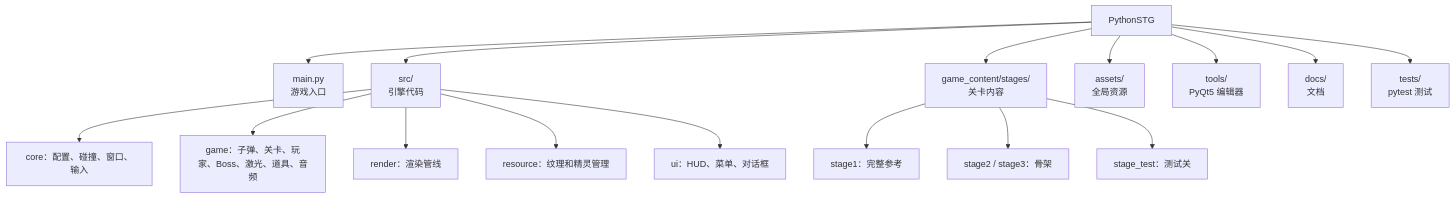
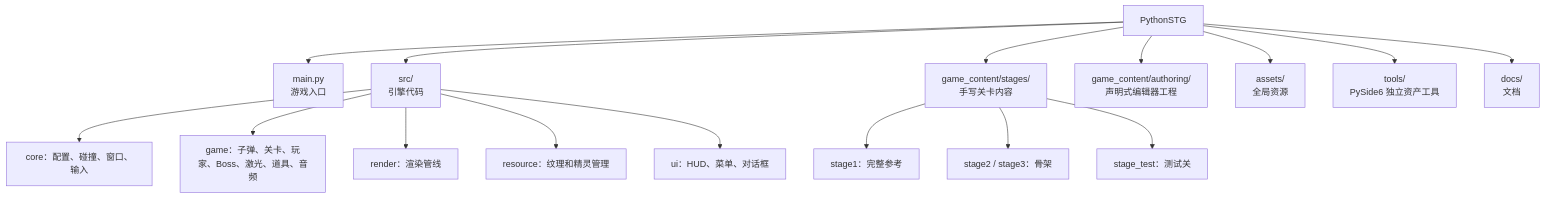
One commit to qwqpap/PythonSTG changed the diagram in docs/getting-started.md. Above: the diagram before and after it, drawn with Mermaid. The commit also changed other lines of this file and 108 other files, not shown here.

````diff
--- a/docs/getting-started.md
+++ b/docs/getting-started.md
@@ -50,29 +67,29 @@
 ```mermaid
 flowchart TB
     root["PythonSTG"]
     main["main.py<br/>游戏入口"]
     src["src/<br/>引擎代码"]
-    gameContent["game_content/stages/<br/>关卡内容"]
+    gameContent["game_content/stages/<br/>手写关卡内容"]
+    authoring["game_content/authoring/<br/>声明式编辑器工程"]
     assets["assets/<br/>全局资源"]
-    tools["tools/<br/>PyQt5 编辑器"]
+    tools["tools/<br/>PySide6 独立资产工具"]
     docs["docs/<br/>文档"]
-    tests["tests/<br/>pytest 测试"]
 
     root --> main
     root --> src
     root --> gameContent
+    root --> authoring
     root --> assets
     root --> tools
     root --> docs
-    root --> tests
 
     src --> core["core：配置、碰撞、窗口、输入"]
     src --> game["game：子弹、关卡、玩家、Boss、激光、道具、音频"]
     src --> render["render：渲染管线"]
     src --> resource["resource：纹理和精灵管理"]
     src --> ui["ui：HUD、菜单、对话框"]
 
     gameContent --> stage1["stage1：完整参考"]
     gameContent --> stage23["stage2 / stage3：骨架"]
     gameContent --> stageTest["stage_test：测试关"]
 ```
````
